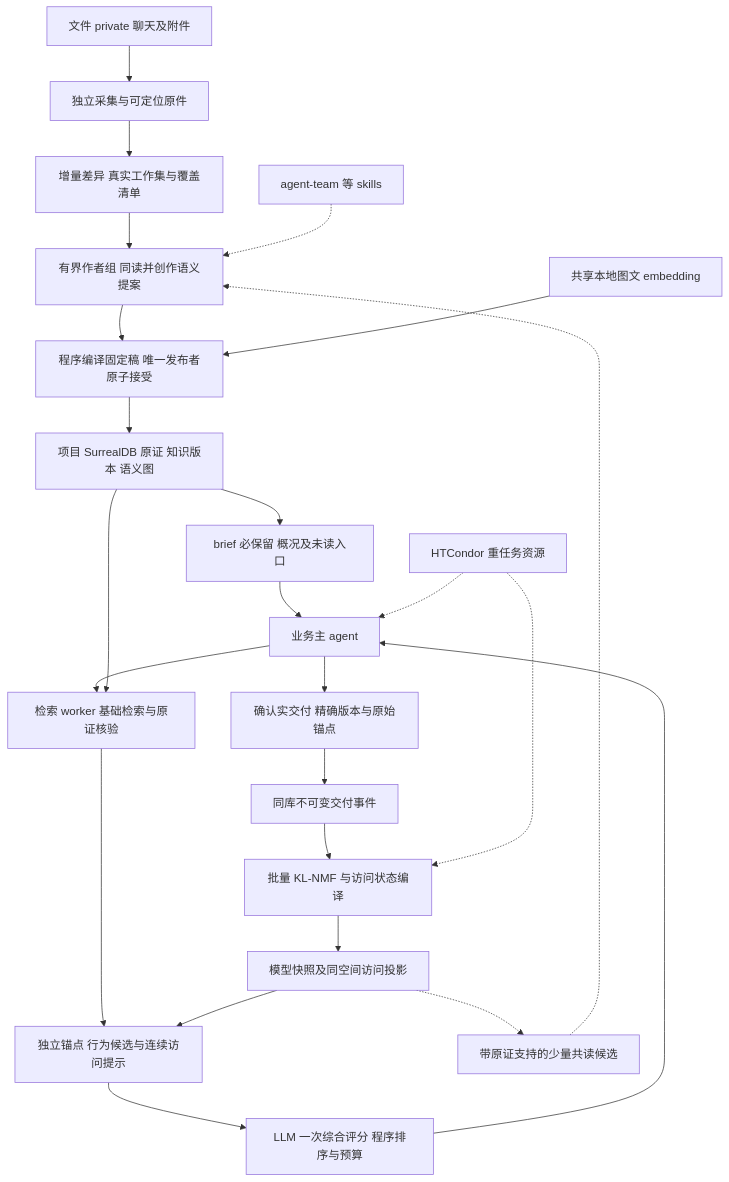
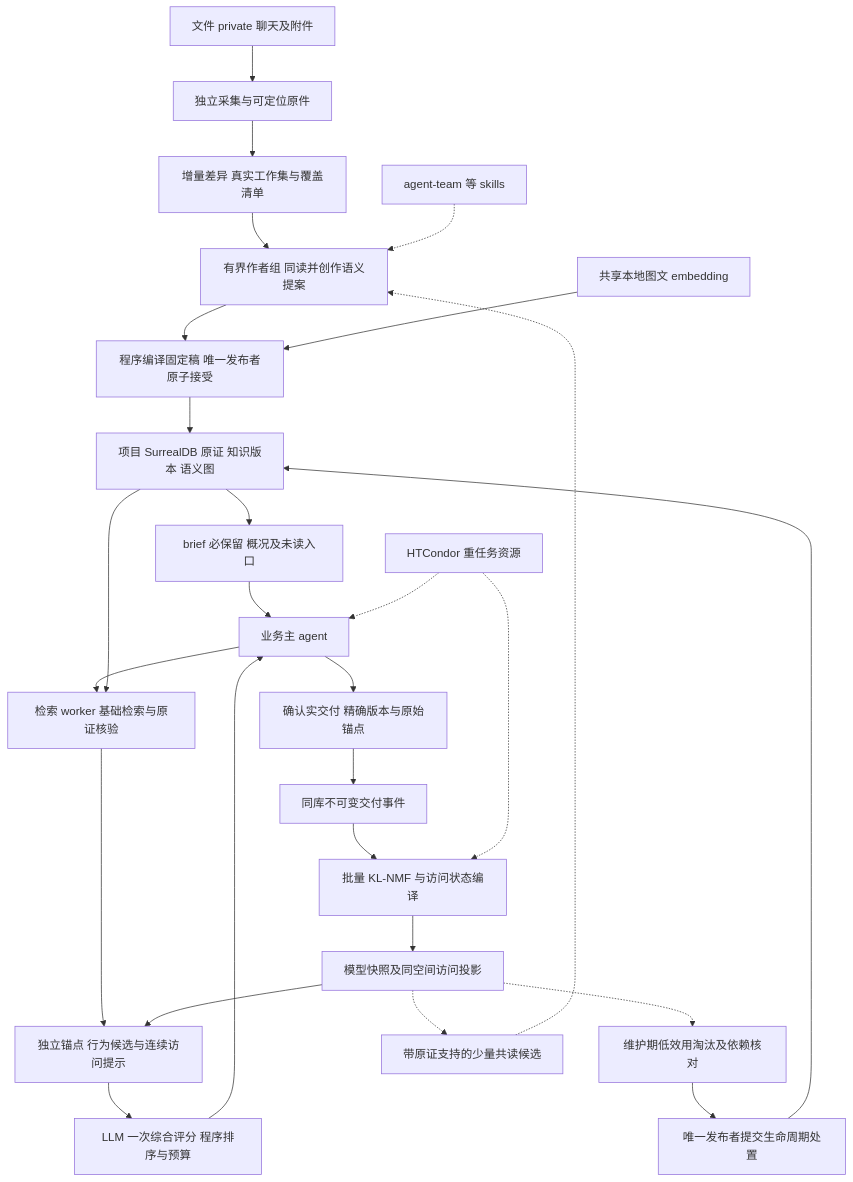
One commit to YS-Pan/basePack changed the first of 2 diagrams in devDoc/tasks/20261115-real-use-rectification/target-architecture.md. Above: the diagram before and after it, drawn with Mermaid. The commit also changed other lines of this file and 8 other files, not shown here.

````diff
--- a/devDoc/tasks/20261115-real-use-rectification/target-architecture.md
+++ b/devDoc/tasks/20261115-real-use-rectification/target-architecture.md
@@ -22,26 +23,29 @@
 ```mermaid
 flowchart TD
   S[文件 private 聊天及附件] --> I[独立采集与可定位原件]
   I --> W[增量差异 真实工作集与覆盖清单]
   W --> A[有界作者组 同读并创作语义提案]
   A --> P[程序编译固定稿 唯一发布者原子接受]
   P --> K[项目 SurrealDB 原证 知识版本 语义图]
   E[共享本地图文 embedding] --> P
   K --> B[brief 必保留 概况及未读入口]
   B --> U[业务主 agent]
   U --> Q[检索 worker 基础检索与原证核验]
   K --> Q
   Q --> R[独立锚点 行为候选与连续访问提示]
   R --> T[LLM 一次综合评分 程序排序与预算]
   T --> U
   U --> D[确认实交付 精确版本与原始锚点]
   D --> L[同库不可变交付事件]
   L --> N[批量 KL-NMF 与访问状态编译]
   N --> F[模型快照及同空间访问投影]
   F --> R
+  F -.-> LC[维护期低效用淘汰及依赖核对]
+  LC --> GP[唯一发布者提交生命周期处置]
+  GP --> K
   F -.-> C[带原证支持的少量共读候选]
   C -.-> A
   H[HTCondor 重任务资源] -.-> N
   H -.-> U
   G[agent-team 等 skills] -.-> A
 ```
````
